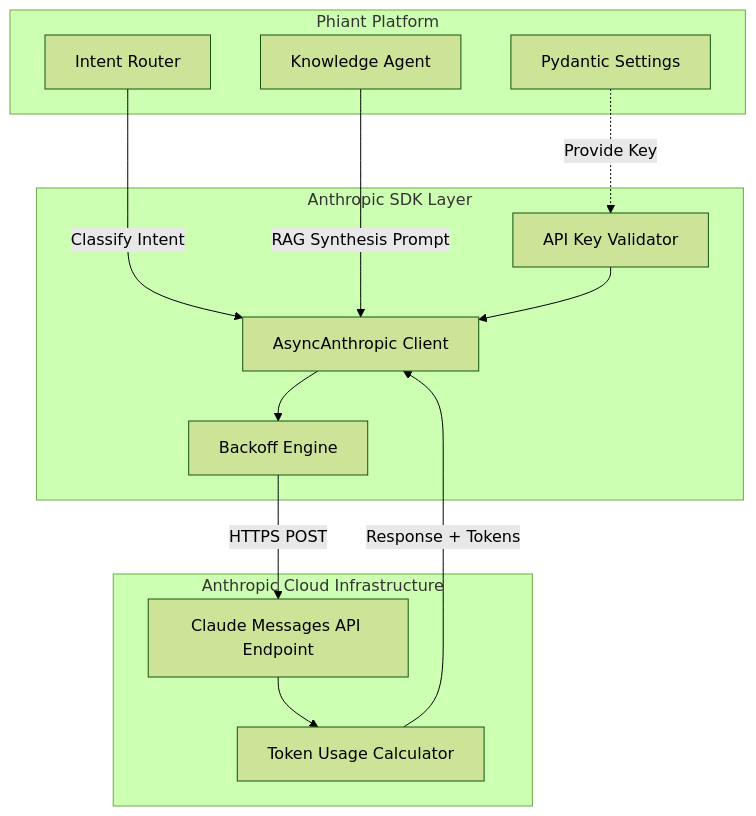
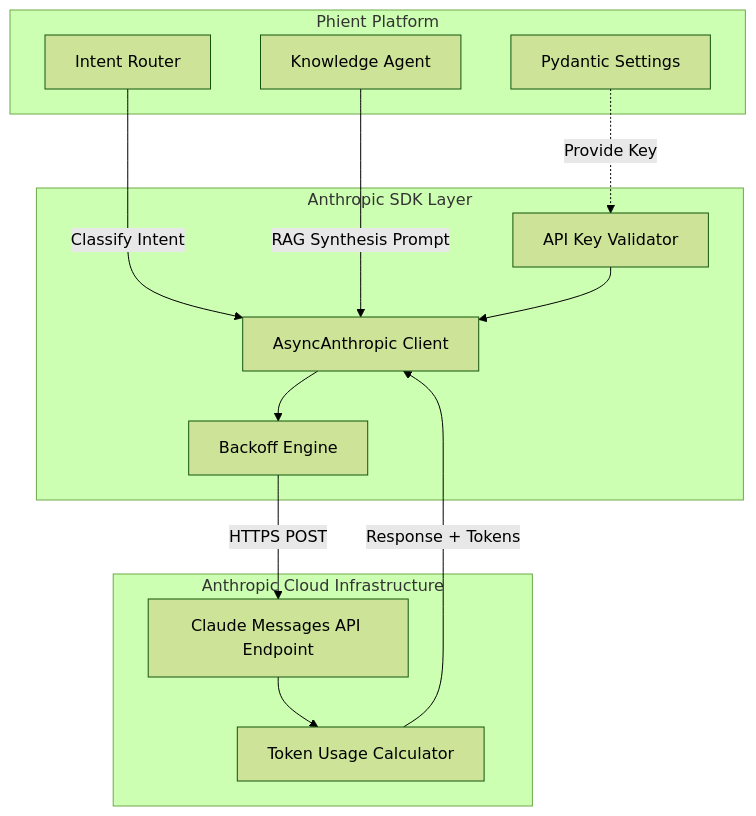
The first of 2 diagrams in docs/anthropic.md (gemphi/phiant), drawn with Mermaid (forest theme) before and after one commit. The commit also changed other lines of this file and 2766 other files, not shown here.

````diff
--- a/docs/anthropic.md
+++ b/docs/anthropic.md
@@ -20,28 +20,28 @@
 ```mermaid
 graph TD
-    subgraph Phiant Platform
+    subgraph Phient Platform
         Router[Intent Router]
         KnowledgeAgent[Knowledge Agent]
         Config[Pydantic Settings]
     end
 
     subgraph Anthropic SDK Layer
         Client[AsyncAnthropic Client]
         Auth[API Key Validator]
         RetryEngine[Backoff Engine]
     end
 
     subgraph Anthropic Cloud Infrastructure
         ClaudeAPI[Claude Messages API Endpoint]
         TokenCounter[Token Usage Calculator]
     end
 
     Router -->|Classify Intent| Client
     KnowledgeAgent -->|RAG Synthesis Prompt| Client
     Config -.->|Provide Key| Auth
     Auth --> Client
     Client --> RetryEngine
     RetryEngine -->|HTTPS POST| ClaudeAPI
     ClaudeAPI --> TokenCounter
     TokenCounter -->|Response + Tokens| Client
 ```
````
